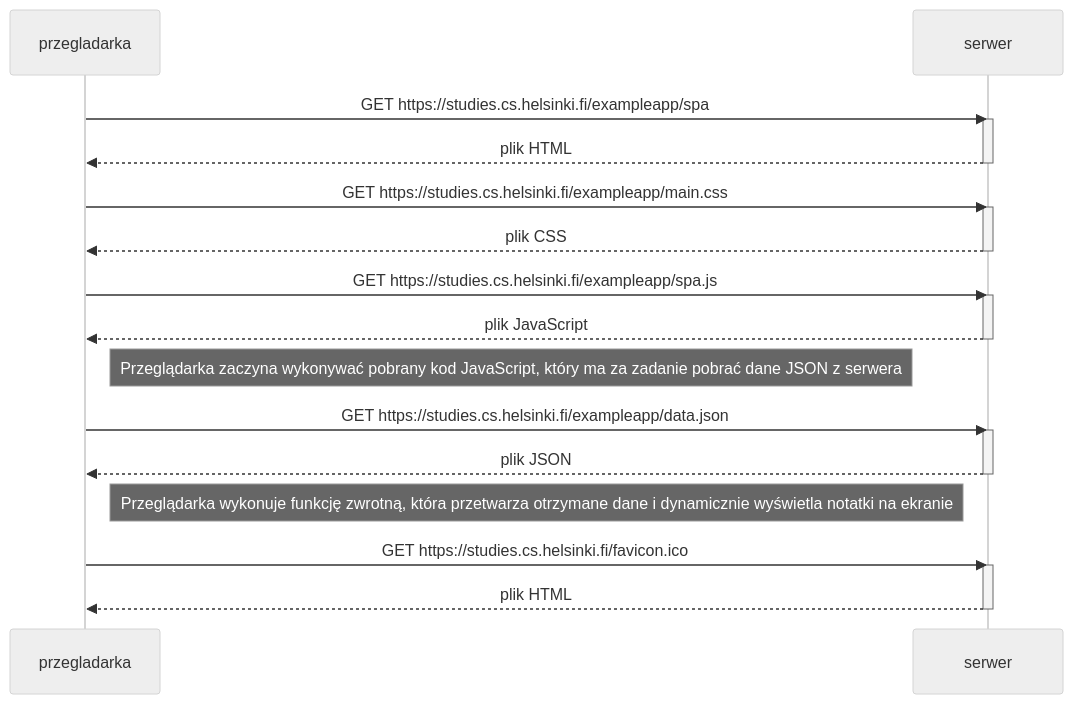
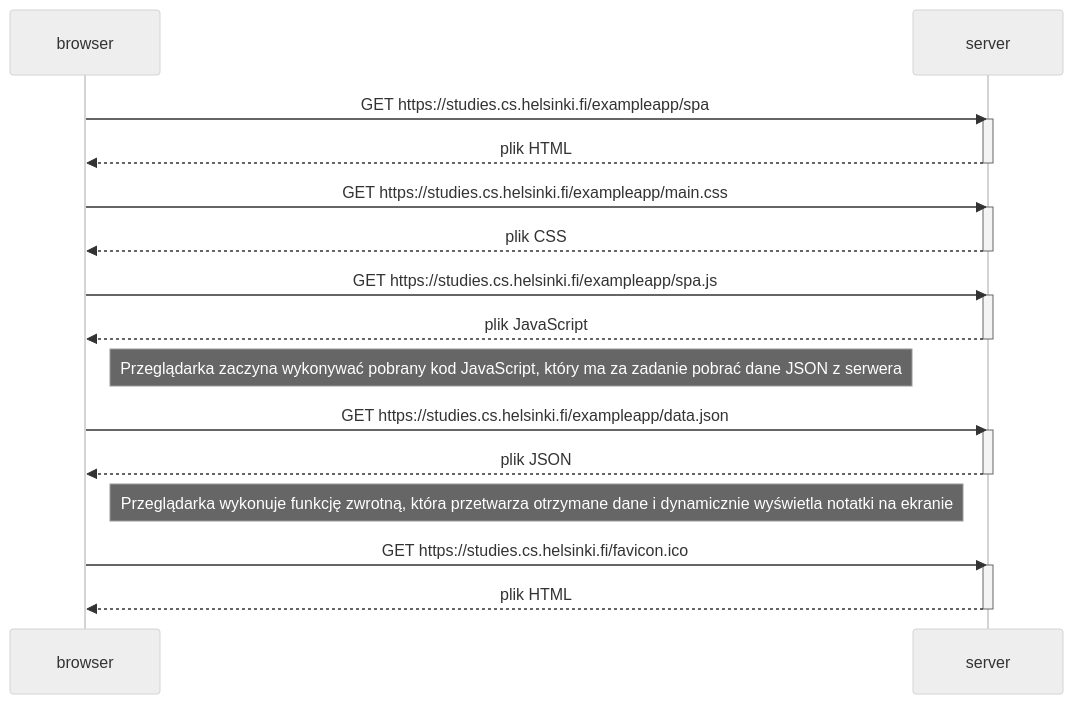
Before and after one commit to 3bartekk/fullstackKB: the diagram in part0/zadanie0.5.md, drawn with Mermaid (neutral theme).

````diff
--- a/part0/zadanie0.5.md
+++ b/part0/zadanie0.5.md
@@ -1,34 +1,34 @@
 ```mermaid
 sequenceDiagram
-participant przegladarka
-participant serwer
+participant browser
+participant server
 
-    przegladarka->>serwer: GET https://studies.cs.helsinki.fi/exampleapp/spa
-    activate serwer
-    serwer-->>przegladarka: plik HTML
-    deactivate serwer
+    browser->>server: GET https://studies.cs.helsinki.fi/exampleapp/spa
+    activate server
+    server-->>browser: plik HTML
+    deactivate server
 
-    przegladarka->>serwer: GET https://studies.cs.helsinki.fi/exampleapp/main.css
-    activate serwer
-    serwer-->>przegladarka: plik CSS
-    deactivate serwer
+    browser->>server: GET https://studies.cs.helsinki.fi/exampleapp/main.css
+    activate server
+    server-->>browser: plik CSS
+    deactivate server
 
-    przegladarka->>serwer: GET https://studies.cs.helsinki.fi/exampleapp/spa.js
-    activate serwer
-    serwer-->>przegladarka: plik JavaScript
-    deactivate serwer
+    browser->>server: GET https://studies.cs.helsinki.fi/exampleapp/spa.js
+    activate server
+    server-->>browser: plik JavaScript
+    deactivate server
 
-    Note right of przegladarka: Przeglądarka zaczyna wykonywać pobrany kod JavaScript, który ma za zadanie pobrać dane JSON z serwera
+    Note right of browser: Przeglądarka zaczyna wykonywać pobrany kod JavaScript, który ma za zadanie pobrać dane JSON z serwera
 
-    przegladarka->>serwer: GET https://studies.cs.helsinki.fi/exampleapp/data.json
-    activate serwer
-    serwer-->>przegladarka: plik JSON
-    deactivate serwer
+    browser->>server: GET https://studies.cs.helsinki.fi/exampleapp/data.json
+    activate server
+    server-->>browser: plik JSON
+    deactivate server
 
-    Note right of przegladarka: Przeglądarka wykonuje funkcję zwrotną, która przetwarza otrzymane dane i dynamicznie wyświetla notatki na ekranie
+    Note right of browser: Przeglądarka wykonuje funkcję zwrotną, która przetwarza otrzymane dane i dynamicznie wyświetla notatki na ekranie
 
-    przegladarka->>serwer: GET https://studies.cs.helsinki.fi/favicon.ico
-    activate serwer
-    serwer-->>przegladarka: plik HTML
-    deactivate serwer
+    browser->>server: GET https://studies.cs.helsinki.fi/favicon.ico
+    activate server
+    server-->>browser: plik HTML
+    deactivate server
 ```
````
